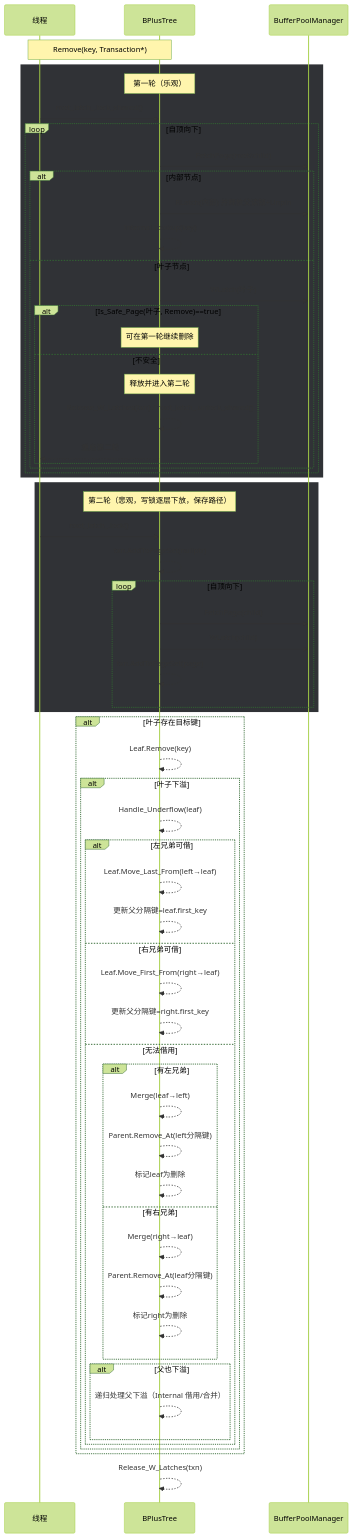
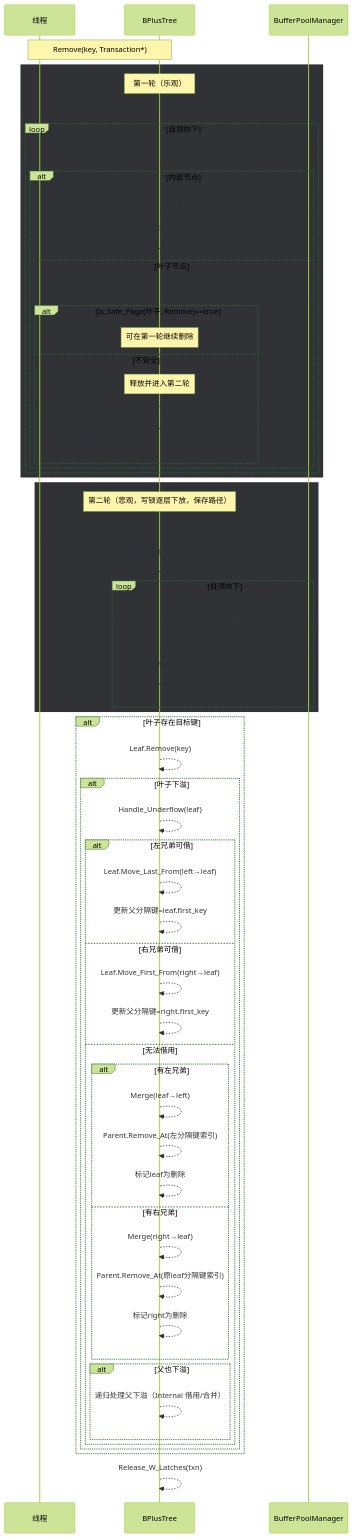
One commit to 870255728/bptree changed the diagram in doc/并发删除流程图.md. Above: the diagram before and after it, drawn with Mermaid (forest theme). The commit also changed other lines of this file and 2 other files, not shown here.

````diff
--- a/doc/并发删除流程图.md
+++ b/doc/并发删除流程图.md
@@ -8,68 +8,68 @@
 ```mermaid
 sequenceDiagram
   participant T as 线程
   participant BPT as BPlusTree
   participant BPM as BufferPoolManager
   Note over T, BPT: Remove(key, Transaction*)
 
   rect rgb(48, 50, 54)
     Note over BPT: 第一轮（乐观）
     T ->> BPT: root_latch_.lock_shared()
     loop 自顶向下
       BPT ->> BPM: FetchPage(root/child)
       alt 内部节点
         BPT ->> BPM: RLatch(内部) 并释放父读锁+Unpin
         BPT -->> BPT: Internal.Lookup(key)
       else 叶子节点
         BPT ->> BPM: WLatch(叶子)
         alt Is_Safe_Page(叶子, Remove)==true
           Note over BPT: 可在第一轮继续删除
         else 不安全
           Note over BPT: 释放并进入第二轮
           BPT -->> BPT: Release_W_Latches(txn) / root_latch_.unlock_shared()
           BPT -->> T: 重启第二轮
         end
       end
     end
   end
 
   rect rgb(48, 50, 54)
     Note over BPT: 第二轮（悲观，写锁逐层下放，保存路径）
     T ->> BPT: root_latch_.lock()
     BPT -->> BPT: txn.AddToPageSet(nullptr)
     loop 自顶向下
       BPT ->> BPM: FetchPage(child)
       BPT ->> BPM: WLatch(child)
       BPT -->> BPT: txn.AddToPageSet(page)
     end
   end
 
   alt 叶子存在目标键
     BPT -->> BPT: Leaf.Remove(key)
     alt 叶子下溢
       BPT -->> BPT: Handle_Underflow(leaf)
       alt 左兄弟可借
         BPT -->> BPT: Leaf.Move_Last_From(left→leaf)
         BPT -->> BPT: 更新父分隔键=leaf.first_key
       else 右兄弟可借
         BPT -->> BPT: Leaf.Move_First_From(right→leaf)
         BPT -->> BPT: 更新父分隔键=right.first_key
       else 无法借用
         alt 有左兄弟
           BPT -->> BPT: Merge(leaf→left);
-          BPT -->> BPT: Parent.Remove_At(left分隔键);
+          BPT -->> BPT: Parent.Remove_At(左分隔键索引);
           BPT -->> BPT: 标记leaf为删除
         else 有右兄弟
           BPT -->> BPT: Merge(right→leaf);
-          BPT -->> BPT: Parent.Remove_At(leaf分隔键);
+          BPT -->> BPT: Parent.Remove_At(原leaf分隔键索引);
           BPT -->> BPT: 标记right为删除
         end
         alt 父也下溢
           BPT -->> BPT: 递归处理父下溢（Internal 借用/合并）
         end
       end
     end
   end
 
   BPT -->> BPT: Release_W_Latches(txn)
 ```
````
